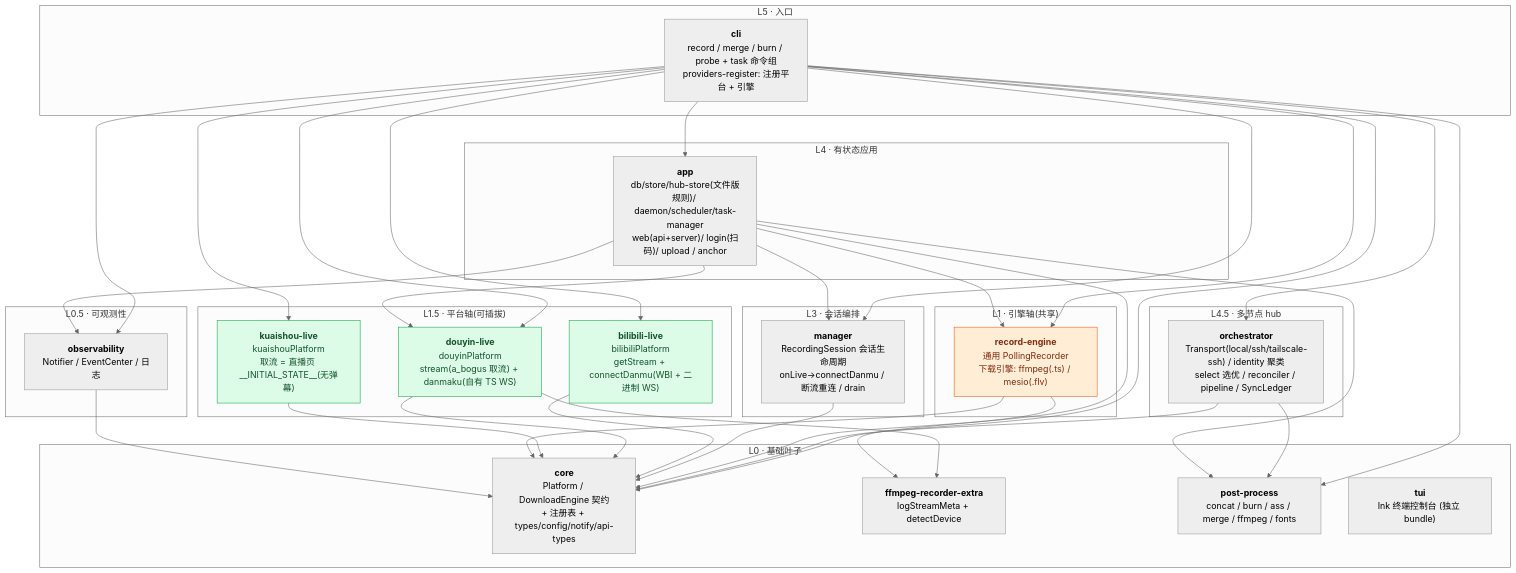
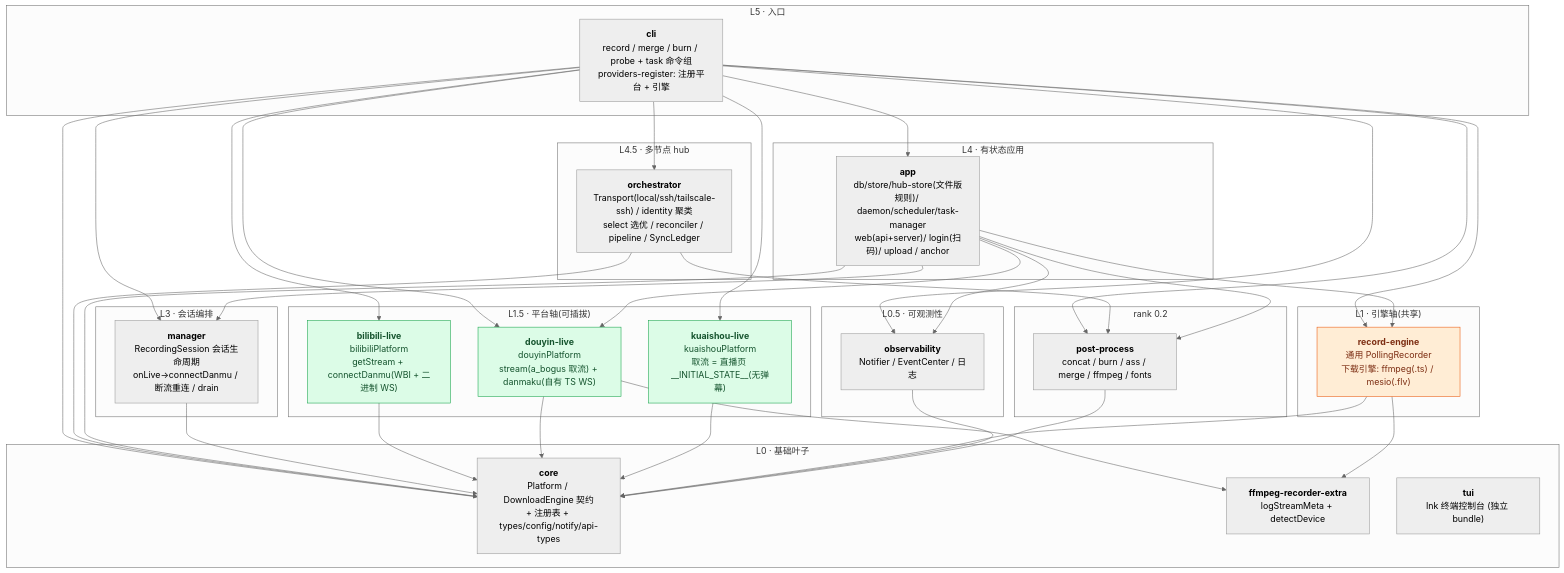
The first of 3 diagrams in docs/architecture.md (fuyucn/douyin-rec), drawn with Mermaid (neutral theme) before and after one commit. The commit also changed 1 other file, not shown here.

Commit message:
docs(arch): 重新生成架构文档,登记 post-process 层级与对 core 的依赖边
- post-process 依赖 core,层级调为 rank 0.2,依赖图新增 post --> core
- html/md 为生成物整体重生成,同时带入热度统计(行数/提交数)的刷新

````diff
--- a/docs/architecture.md
+++ b/docs/architecture.md
@@ -27,64 +27,67 @@
 ```mermaid
 flowchart TB
   subgraph L5["L5 · 入口"]
     cli["<b>cli</b><br/>record / merge / burn / probe + task 命令组<br/>providers-register: 注册平台 + 引擎"]
   end
   subgraph L45["L4.5 · 多节点 hub"]
     orch["<b>orchestrator</b><br/>Transport(local/ssh/tailscale-ssh) / identity 聚类<br/>select 选优 / reconciler / pipeline / SyncLedger"]
   end
   subgraph L4["L4 · 有状态应用"]
     app["<b>app</b><br/>db/store/hub-store(文件版规则)/ daemon/scheduler/task-manager<br/>web(api+server)/ login(扫码)/ upload / anchor"]
   end
   subgraph L3["L3 · 会话编排"]
     manager["<b>manager</b><br/>RecordingSession 会话生命周期<br/>onLive→connectDanmu / 断流重连 / drain"]
   end
   subgraph L15["L1.5 · 平台轴(可插拔)"]
     bilibili["<b>bilibili-live</b><br/>bilibiliPlatform<br/>getStream + connectDanmu(WBI + 二进制 WS)"]
     douyin["<b>douyin-live</b><br/>douyinPlatform<br/>stream(a_bogus 取流) + danmaku(自有 TS WS)"]
     kuaishou["<b>kuaishou-live</b><br/>kuaishouPlatform<br/>取流 = 直播页 __INITIAL_STATE__(无弹幕)"]
   end
   subgraph L1["L1 · 引擎轴(共享)"]
     engine["<b>record-engine</b><br/>通用 PollingRecorder<br/>下载引擎: ffmpeg(.ts) / mesio(.flv)"]
   end
   subgraph L05["L0.5 · 可观测性"]
     observ["<b>observability</b><br/>Notifier / EventCenter / 日志"]
   end
+  subgraph L02["rank 0.2"]
+    post["<b>post-process</b><br/>concat / burn / ass / merge / ffmpeg / fonts"]
+  end
   subgraph L0["L0 · 基础叶子"]
     core["<b>core</b><br/>Platform / DownloadEngine 契约<br/>+ 注册表 + types/config/notify/api-types"]
     extra["<b>ffmpeg-recorder-extra</b><br/>logStreamMeta + detectDevice"]
-    post["<b>post-process</b><br/>concat / burn / ass / merge / ffmpeg / fonts"]
     tui["<b>tui</b><br/>Ink 终端控制台 (独立 bundle)"]
   end
 
   cli --> app
   cli --> bilibili
   cli --> core
   cli --> douyin
   cli --> kuaishou
   cli --> manager
   cli --> observ
   cli --> orch
   cli --> post
   cli --> engine
   orch --> core
   orch --> post
   app --> core
   app --> douyin
   app --> manager
   app --> observ
   app --> post
   app --> engine
   manager --> core
   bilibili --> core
   douyin --> core
   douyin --> extra
   kuaishou --> core
   engine --> core
   engine --> extra
   observ --> core
+  post --> core
 
   classDef axisPlat fill:#dcfce7,stroke:#16a34a,color:#14532d;
   classDef axisEng fill:#ffedd5,stroke:#ea580c,color:#7c2d12;
   class bilibili,douyin,kuaishou axisPlat;
   class engine axisEng;
 ```
````
